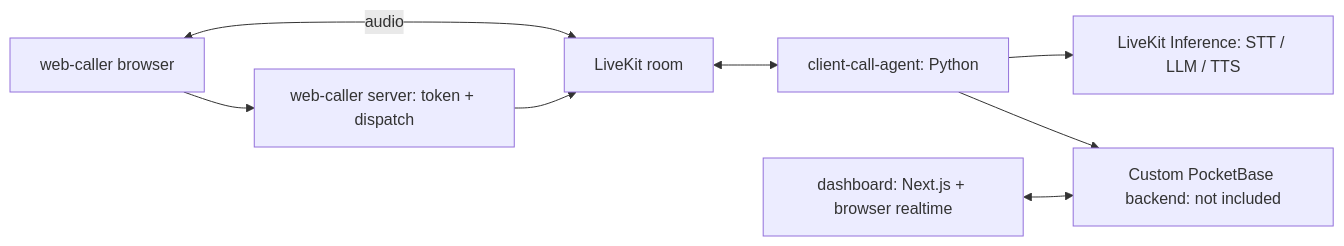
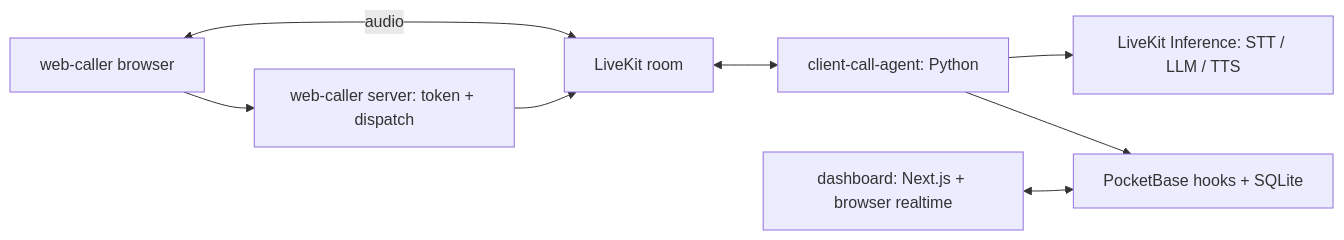
One commit to david-guerra/Yoshida changed the diagram in README.md. Above: the diagram before and after it, drawn with Mermaid. The commit also changed other lines of this file and 40 other files, not shown here.

````diff
--- a/README.md
+++ b/README.md
@@ -19,10 +19,10 @@
 ```mermaid
 flowchart LR
     Caller[web-caller browser] <-->|audio| Room[LiveKit room]
     Caller --> Token[web-caller server: token + dispatch]
     Token --> Room
     Room <--> Agent[client-call-agent: Python]
     Agent --> Inference[LiveKit Inference: STT / LLM / TTS]
-    Agent --> PB[Custom PocketBase backend: not included]
+    Agent --> PB[PocketBase hooks + SQLite]
     Dashboard[dashboard: Next.js + browser realtime] <--> PB
 ```
````
